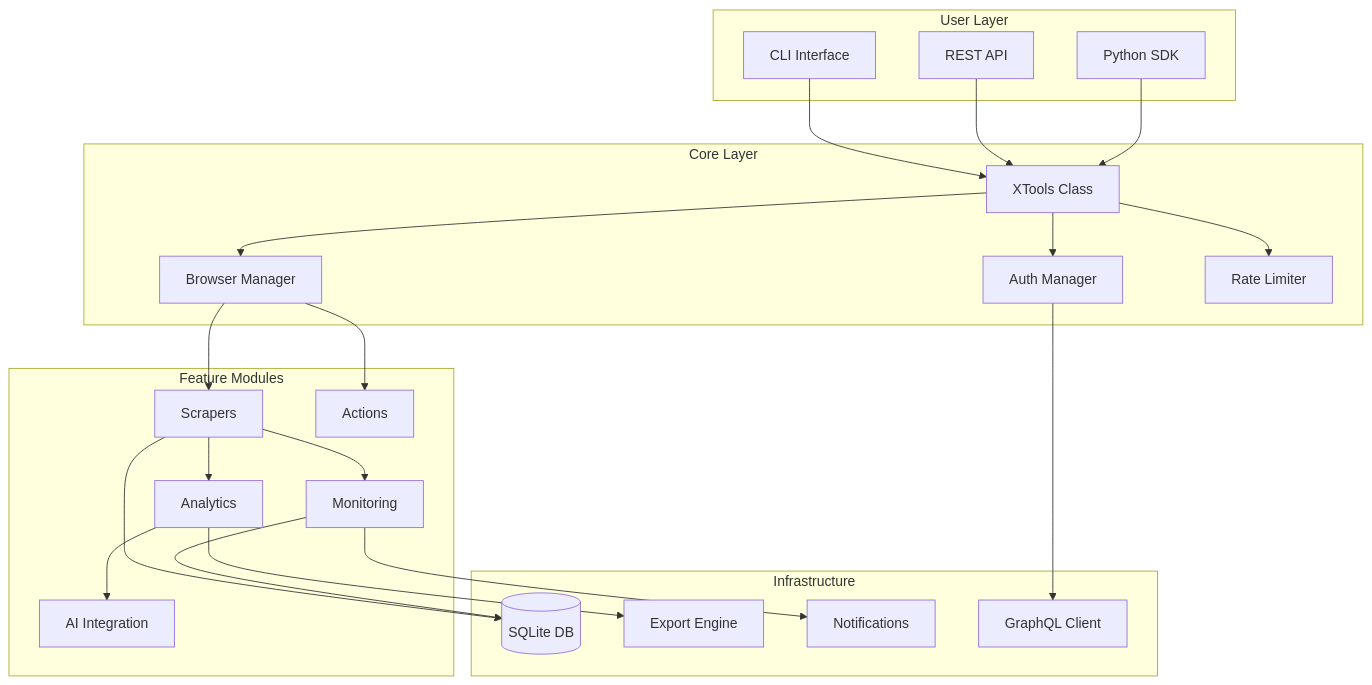
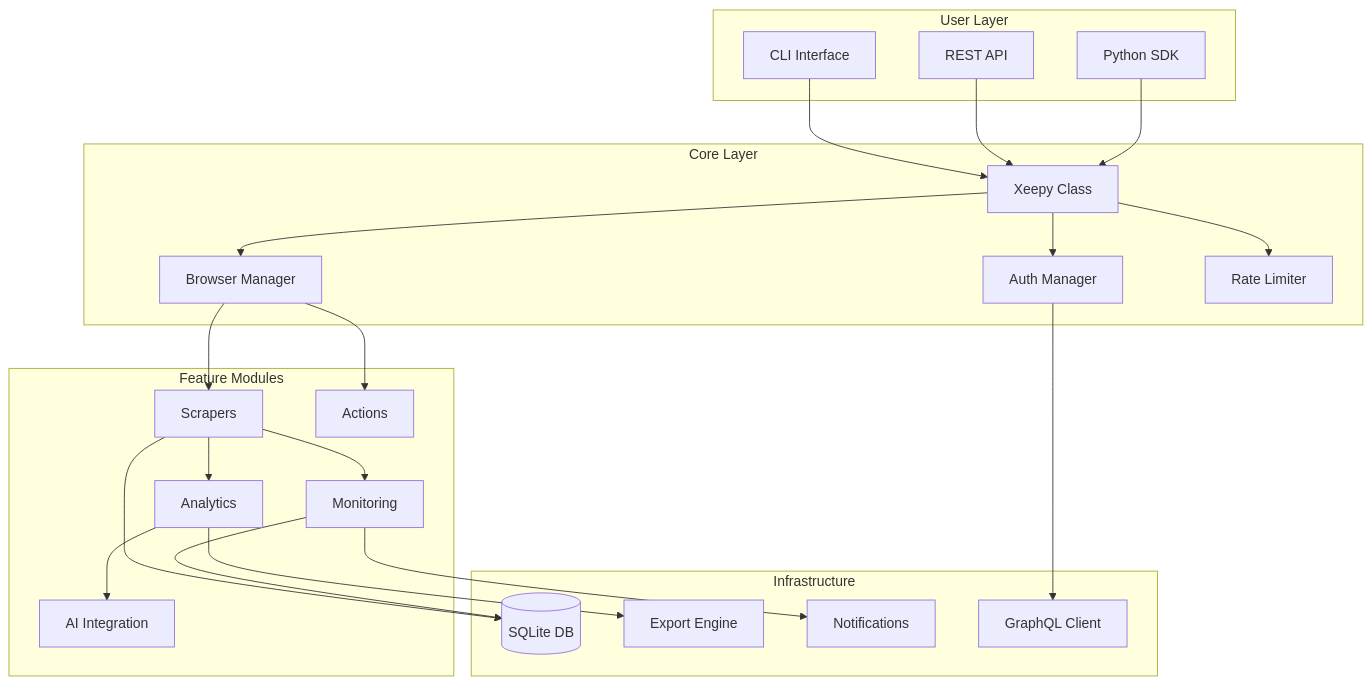
One commit to nirholas/crypto-vision changed the first of 2 diagrams in docs/advanced/architecture.md. Above: the diagram before and after it, drawn with Mermaid. The commit also changed other lines of this file and 773 other files, not shown here.

First line of the commit message:
🎨 Rebrand XTools to Xeepy - The free Tweepy alternative

````diff
--- a/docs/advanced/architecture.md
+++ b/docs/advanced/architecture.md
@@ -7,51 +7,51 @@
 ```mermaid
 graph TB
     subgraph "User Layer"
         CLI[CLI Interface]
         API[REST API]
         SDK[Python SDK]
     end
     
     subgraph "Core Layer"
-        XTools[XTools Class]
+        Xeepy[Xeepy Class]
         Auth[Auth Manager]
         Browser[Browser Manager]
         RateLimiter[Rate Limiter]
     end
     
     subgraph "Feature Modules"
         Scrapers[Scrapers]
         Actions[Actions]
         Monitor[Monitoring]
         Analytics[Analytics]
         AI[AI Integration]
     end
     
     subgraph "Infrastructure"
         Storage[(SQLite DB)]
         Export[Export Engine]
         Notify[Notifications]
         GraphQL[GraphQL Client]
     end
     
-    CLI --> XTools
-    API --> XTools
-    SDK --> XTools
+    CLI --> Xeepy
+    API --> Xeepy
+    SDK --> Xeepy
     
-    XTools --> Auth
-    XTools --> Browser
-    XTools --> RateLimiter
+    Xeepy --> Auth
+    Xeepy --> Browser
+    Xeepy --> RateLimiter
     
     Browser --> Scrapers
     Browser --> Actions
     Scrapers --> Monitor
     Scrapers --> Analytics
     Analytics --> AI
     
     Scrapers --> Storage
     Monitor --> Storage
     Analytics --> Export
     Monitor --> Notify
     
     Auth --> GraphQL
 ```
````
